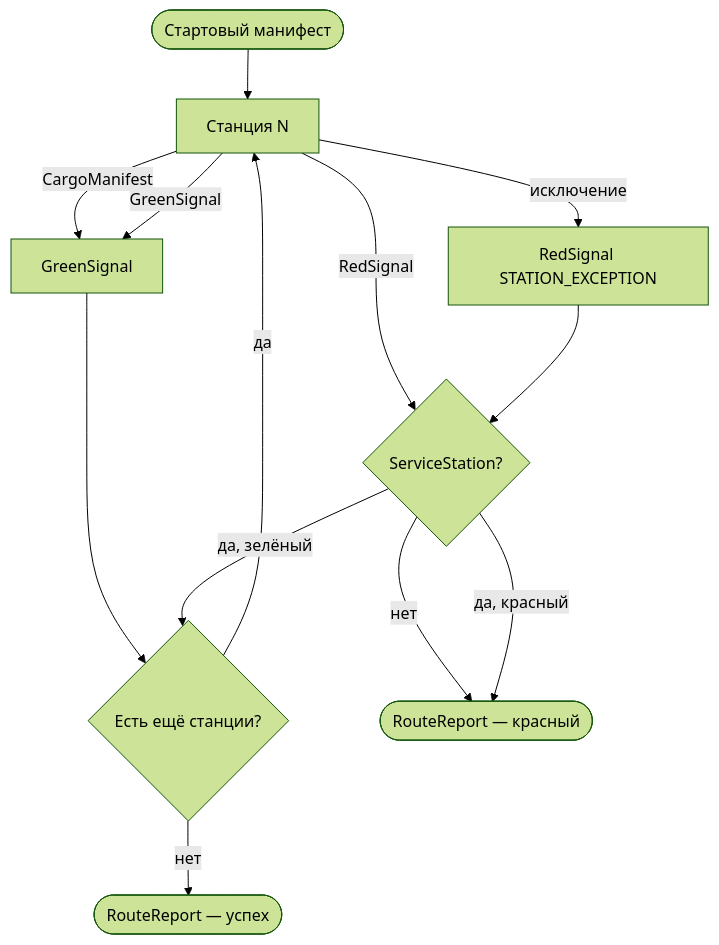
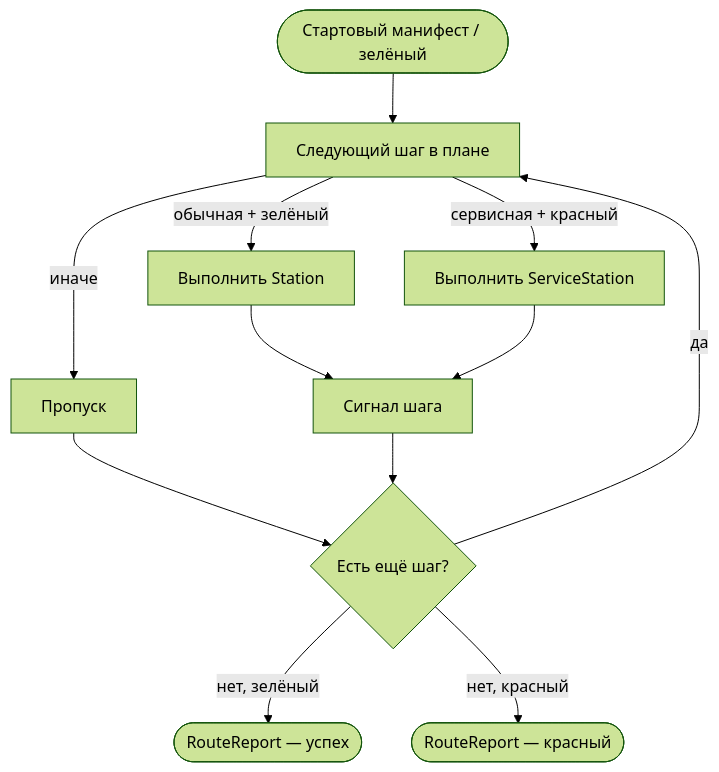
Before and after one commit to moragfullrest-cmyk/TrainOP: the diagram in docs/core-api.md, drawn with Mermaid (forest theme). The commit also changed other lines of this file and 89 other files, not shown here.

Commit message:
Release 0.13.0: Travel-only launch, positional ServiceStation, and TOP015-TOP017.

````diff
--- a/docs/core-api.md
+++ b/docs/core-api.md
@@ -383,15 +489,14 @@
 ```mermaid
 flowchart TD
-    Start([Стартовый манифест]) --> Station[Станция N]
-    Station -->|CargoManifest| Green[GreenSignal]
-    Station -->|GreenSignal| Green
-    Station -->|RedSignal| Red{ServiceStation?}
-    Green --> Next{Есть ещё станции?}
-    Next -->|да| Station
-    Next -->|нет| Done([RouteReport — успех])
-    Red -->|нет| Fail([RouteReport — красный])
-    Red -->|да, зелёный| Next
-    Red -->|да, красный| Fail
-    Station -->|исключение| RedSignal[RedSignal STATION_EXCEPTION]
-    RedSignal --> Red
+    Start([Стартовый манифест / зелёный]) --> Hop[Следующий шаг в плане]
+    Hop -->|обычная + зелёный| Station[Выполнить Station]
+    Hop -->|сервисная + красный| Service[Выполнить ServiceStation]
+    Hop -->|иначе| Skip[Пропуск]
+    Skip --> More{Есть ещё шаг?}
+    Station --> Signal[Сигнал шага]
+    Service --> Signal
+    Signal --> More
+    More -->|да| Hop
+    More -->|нет, зелёный| Done([RouteReport — успех])
+    More -->|нет, красный| Fail([RouteReport — красный])
 ```
````
